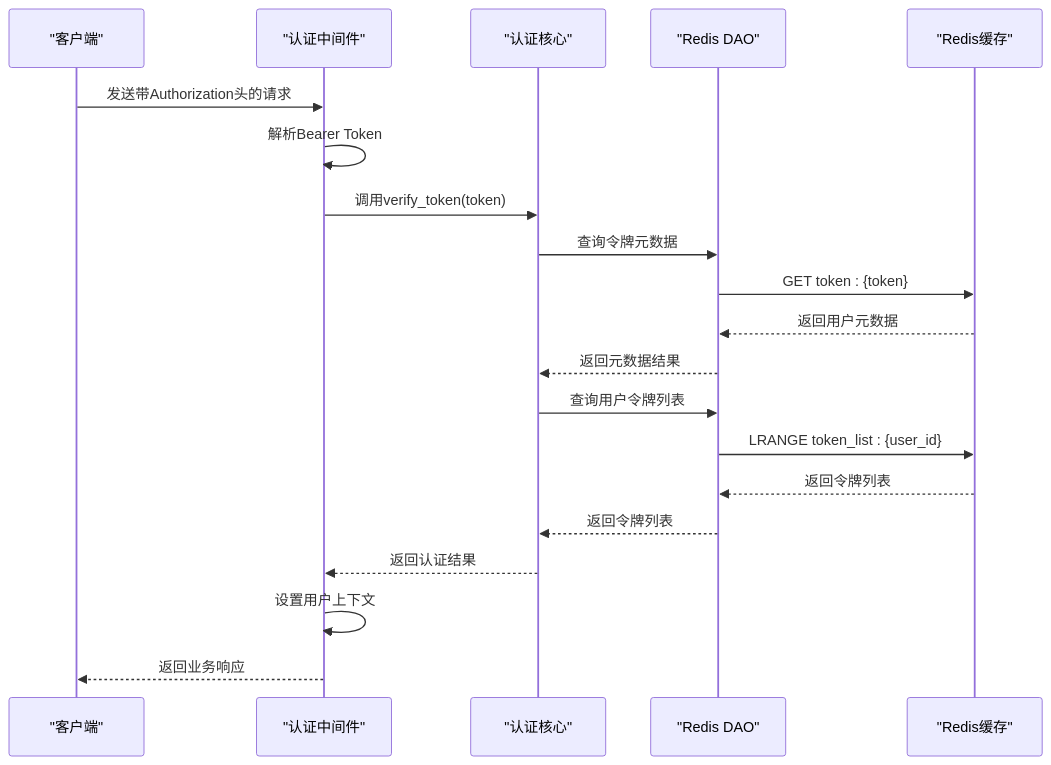
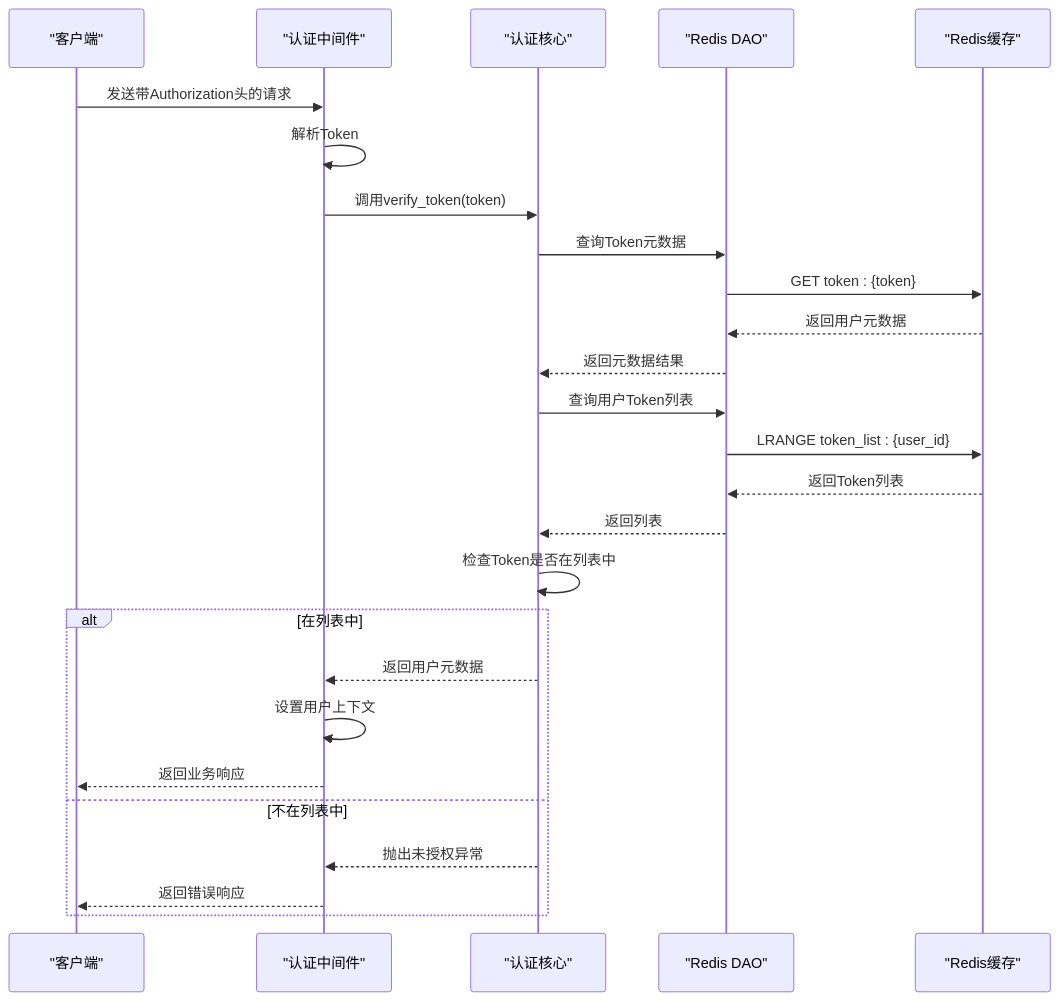
Before and after one commit to lilinzezzzzzz/fastapi-backend: the second of 7 diagrams in .qoder/repowiki/zh/content/安全认证机制/JWT Token认证.md, drawn with Mermaid. The commit also changed other lines of this file and 38 other files, not shown here.

````diff
--- a/.qoder/repowiki/zh/content/安全认证机制/JWT Token认证.md
+++ b/.qoder/repowiki/zh/content/安全认证机制/JWT Token认证.md
@@ -154,22 +190,28 @@
 ```mermaid
 sequenceDiagram
 participant Client as "客户端"
 participant Middleware as "认证中间件"
 participant CoreAuth as "认证核心"
-participant RedisDAO as "Redis DAO"
+participant CacheDao as "Redis DAO"
 participant Redis as "Redis缓存"
 Client->>Middleware : 发送带Authorization头的请求
-Middleware->>Middleware : 解析Bearer Token
+Middleware->>Middleware : 解析Token
 Middleware->>CoreAuth : 调用verify_token(token)
-CoreAuth->>RedisDAO : 查询令牌元数据
-RedisDAO->>Redis : GET token : {token}
-Redis-->>RedisDAO : 返回用户元数据
-RedisDAO-->>CoreAuth : 返回元数据结果
-CoreAuth->>RedisDAO : 查询用户令牌列表
-RedisDAO->>Redis : LRANGE token_list : {user_id}
-Redis-->>RedisDAO : 返回令牌列表
-RedisDAO-->>CoreAuth : 返回令牌列表
-CoreAuth-->>Middleware : 返回认证结果
+CoreAuth->>CacheDao : 查询Token元数据
+CacheDao->>Redis : GET token : {token}
+Redis-->>CacheDao : 返回用户元数据
+CacheDao-->>CoreAuth : 返回元数据结果
+CoreAuth->>CacheDao : 查询用户Token列表
+CacheDao->>Redis : LRANGE token_list : {user_id}
+Redis-->>CacheDao : 返回Token列表
+CacheDao-->>CoreAuth : 返回列表
+CoreAuth->>CoreAuth : 检查Token是否在列表中
+alt 在列表中
+CoreAuth-->>Middleware : 返回用户元数据
 Middleware->>Middleware : 设置用户上下文
 Middleware-->>Client : 返回业务响应
+else 不在列表中
+CoreAuth-->>Middleware : 抛出未授权异常
+Middleware-->>Client : 返回错误响应
+end
 ```
````
